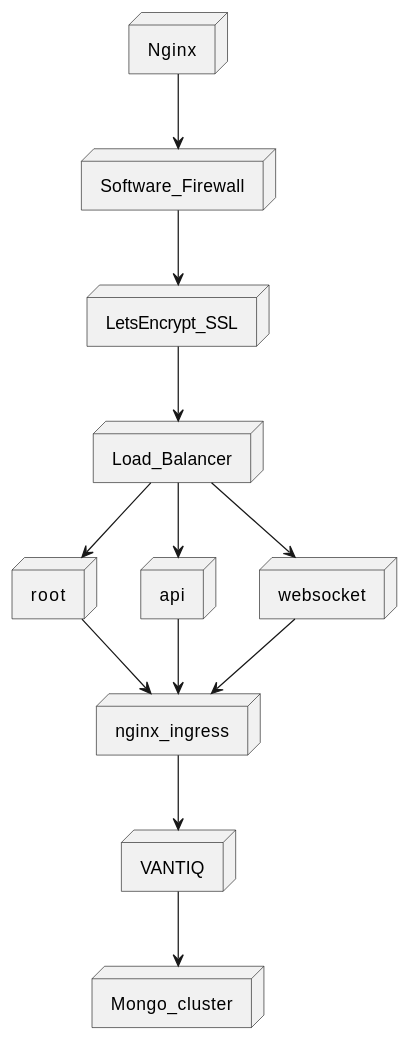
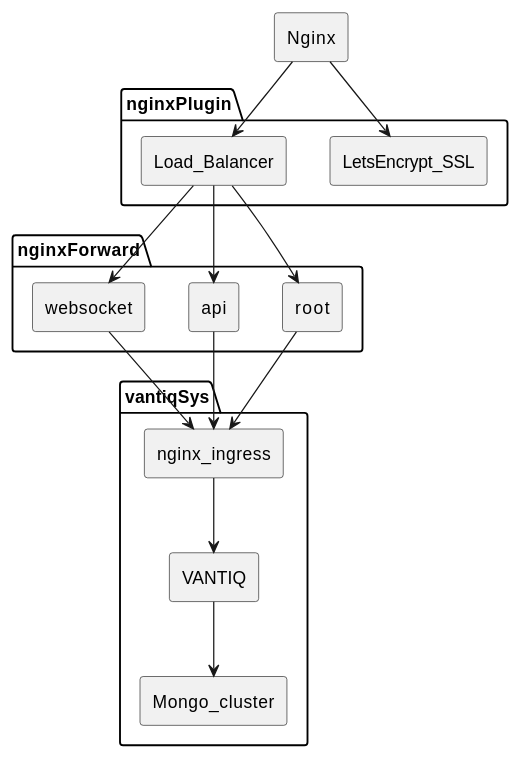
One commit to j3ffyang/container changed the first of 2 diagrams in docs/20200303_nginx_lb.md. Above: the diagram before and after it, drawn with PlantUML.

Commit message:
nginx arch rewrite

````diff
--- a/docs/20200303_nginx_lb.md
+++ b/docs/20200303_nginx_lb.md
@@ -10,24 +10,34 @@
 ```plantuml
-node Nginx
-node Software_Firewall
-node LetsEncrypt_SSL
-node Load_Balancer
-node root
-node api
-node websocket
-node nginx_ingress
-node VANTIQ
-node Mongo_cluster
+agent Nginx
 
-Nginx --> Software_Firewall
-Software_Firewall --> LetsEncrypt_SSL
-LetsEncrypt_SSL --> Load_Balancer
+package nginxPlugin {
+  agent LetsEncrypt_SSL
+  agent Load_Balancer
+}
+
+package nginxForward {
+  agent root
+  agent api
+  agent websocket
+}
+
+package vantiqSys {
+  agent nginx_ingress
+  agent VANTIQ
+  agent Mongo_cluster
+}
+
+Nginx --> Load_Balancer
+Nginx --> LetsEncrypt_SSL
+
 Load_Balancer --> root
 Load_Balancer --> api
 Load_Balancer --> websocket
+
 root --> nginx_ingress
 api --> nginx_ingress
 websocket --> nginx_ingress
+
 nginx_ingress --> VANTIQ
 VANTIQ --> Mongo_cluster
 ```
````
